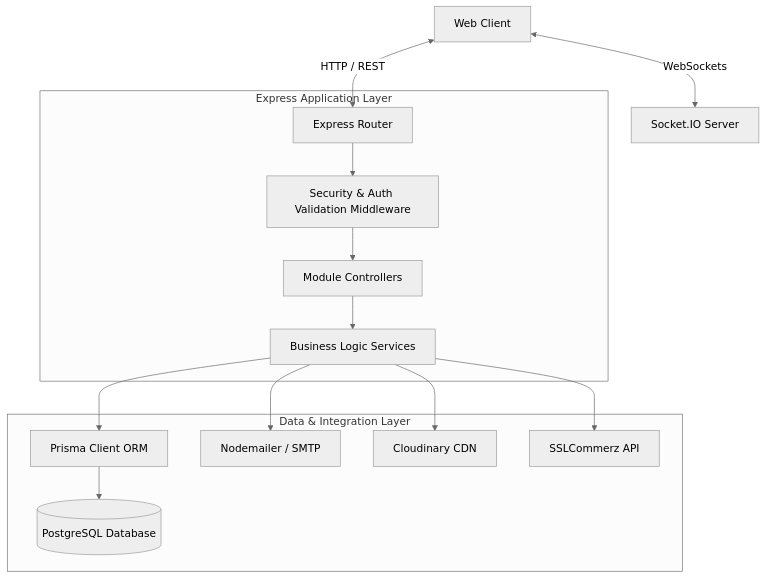
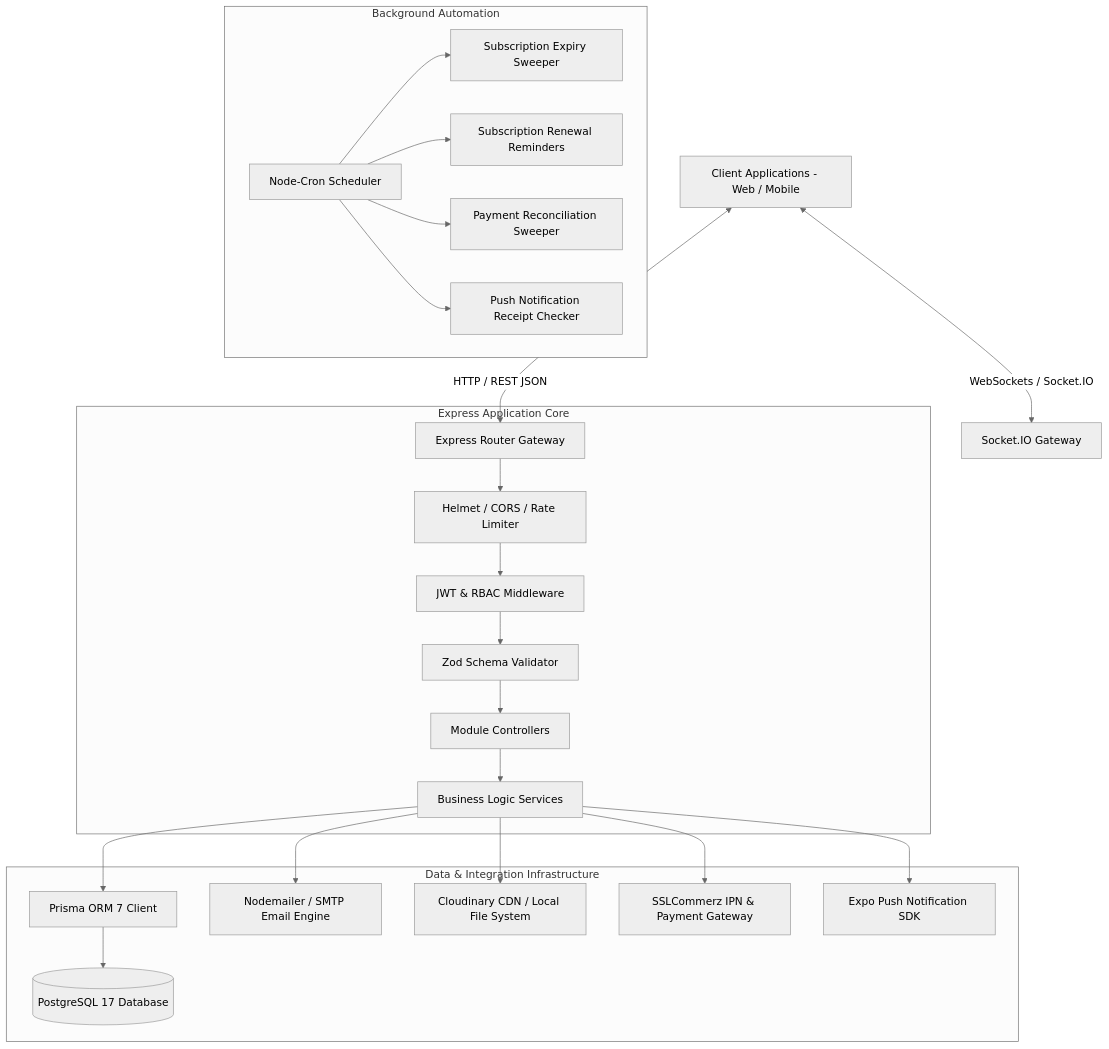
Before and after one commit to MdMuzahid07/Workly_Server: the diagram in README.md, drawn with Mermaid (neutral theme). The commit also changed other lines of this file, not shown here.

Commit message:
docs(server): update README with enterprise architecture, DB entity map, and testing guide

````diff
--- a/README.md
+++ b/README.md
@@ -11,19 +27,29 @@
 ```mermaid
 graph TD
-    Client[Web Client] <-->|HTTP / REST| Router[Express Router]
-    Client <-->|WebSockets| SocketServer[Socket.IO Server]
+    Client[Client Applications - Web / Mobile] <-->|HTTP / REST JSON| Router[Express Router Gateway]
+    Client <-->|WebSockets / Socket.IO| SocketServer[Socket.IO Gateway]
 
-    subgraph Express Application Layer
-        Router --> Middleware[Security & Auth Validation Middleware]
-        Middleware --> Controller[Module Controllers]
+    subgraph Express Application Core
+        Router --> Security[Helmet / CORS / Rate Limiter]
+        Security --> Auth[JWT & RBAC Middleware]
+        Auth --> Validation[Zod Schema Validator]
+        Validation --> Controller[Module Controllers]
         Controller --> Service[Business Logic Services]
+      end
+
+    subgraph Data & Integration Infrastructure
+        Service --> Prisma[Prisma ORM 7 Client]
+        Prisma --> DB[(PostgreSQL 17 Database)]
+        Service --> SMTP[Nodemailer / SMTP Email Engine]
+        Service --> Cloudinary[Cloudinary CDN / Local File System]
+        Service --> SSLCommerz[SSLCommerz IPN & Payment Gateway]
+        Service --> PushSDK[Expo Push Notification SDK]
     end
 
-    subgraph Data & Integration Layer
-        Service --> Prisma[Prisma Client ORM]
-        Prisma --> DB[(PostgreSQL Database)]
-        Service --> SMTP[Nodemailer / SMTP]
-        Service --> Cloudinary[Cloudinary CDN]
-        Service --> SSLCommerz[SSLCommerz API]
+    subgraph Background Automation
+        CronEngine[Node-Cron Scheduler] --> ExpiryJob[Subscription Expiry Sweeper]
+        CronEngine --> ReminderJob[Subscription Renewal Reminders]
+        CronEngine --> ReconcileJob[Payment Reconciliation Sweeper]
+        CronEngine --> PushJob[Push Notification Receipt Checker]
     end
 ```
````
